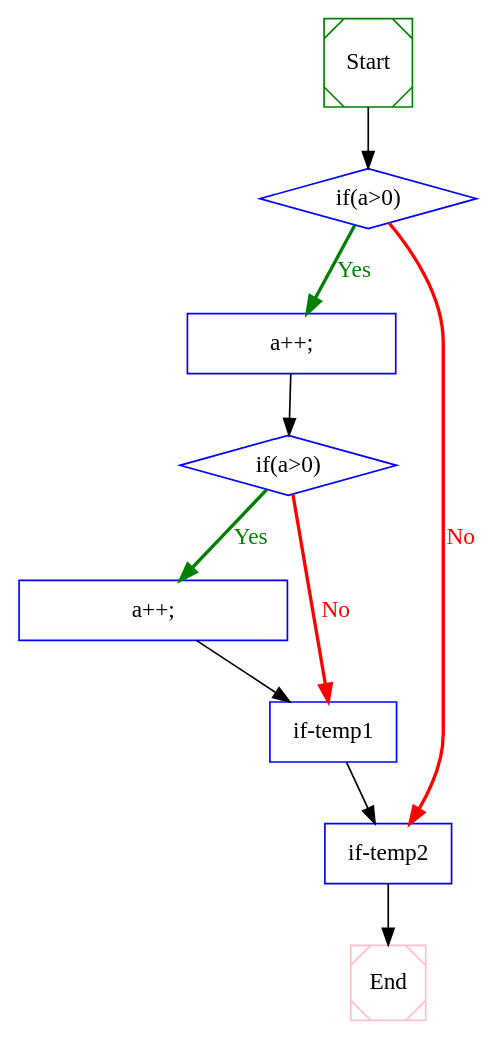
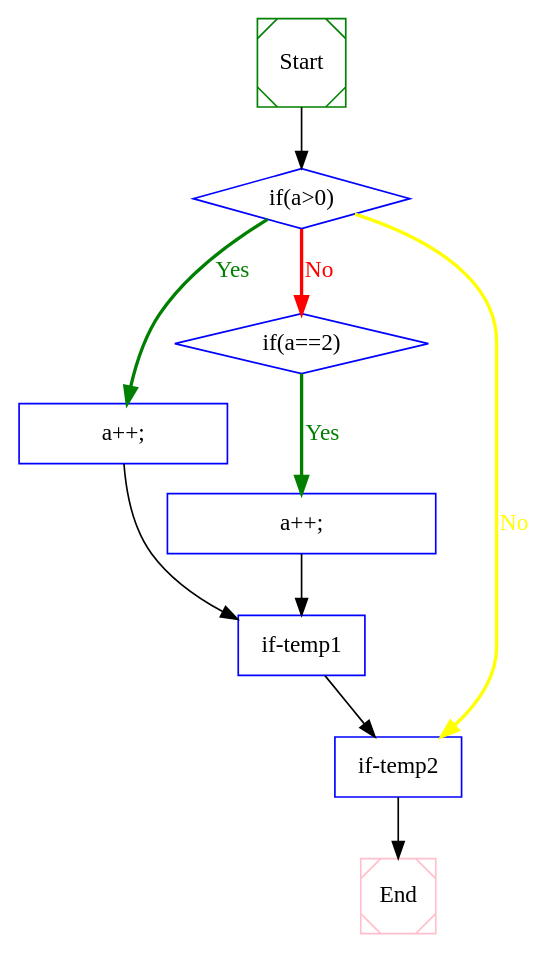
The diagram in out/test.dot (Naplues/Static-Analysis), drawn with Graphviz before and after one commit. The commit also changed 4 other files, not shown here.

```diff
--- a/out/test.dot
+++ b/out/test.dot
@@ -1,27 +1,27 @@
 digraph CFG {
  1  [shape = Msquare, color = green, label = "Start", ]
  2  [shape = diamond, color = blue, label = "if(a>0) ", ]
  3  [shape = box, color = blue, label = "		a++;", ]
- 4  [shape = diamond, color = blue, label = "if(a>0) ", ]
+ 4  [shape = diamond, color = blue, label = "if(a==2) ", ]
  5  [shape = box, color = blue, label = "			a++;", ]
  6  [shape = box, color = blue, label = "if-temp1", ]
  7  [shape = box, color = blue, label = "if-temp2", ]
  8  [shape = Msquare, color = pink, label = "End", ]
  1  ->  2  [style = solid, label="", fillcolor = black, color = black, fontcolor = black]
 
- 2  ->  7  [style = bold, label="No", fillcolor = red, color = red, fontcolor = red]
+ 2  ->  7  [style = bold, label="No", fillcolor = yellow, color = yellow, fontcolor = yellow]
+ 2  ->  4  [style = bold, label="No", fillcolor = red, color = red, fontcolor = red]
  2  ->  3  [style = bold, label="Yes", fillcolor = green, color = green, fontcolor = green]
 
- 3  ->  4  [style = solid, label="", fillcolor = black, color = black, fontcolor = black]
+ 3  ->  6  [style = solid, label="", fillcolor = black, color = black, fontcolor = black]
 
- 4  ->  6  [style = bold, label="No", fillcolor = red, color = red, fontcolor = red]
  4  ->  5  [style = bold, label="Yes", fillcolor = green, color = green, fontcolor = green]
 
  5  ->  6  [style = solid, label="", fillcolor = black, color = black, fontcolor = black]
 
  6  ->  7  [style = solid, label="", fillcolor = black, color = black, fontcolor = black]
 
  7  ->  8  [style = solid, label="", fillcolor = black, color = black, fontcolor = black]
 
 
 }
```
